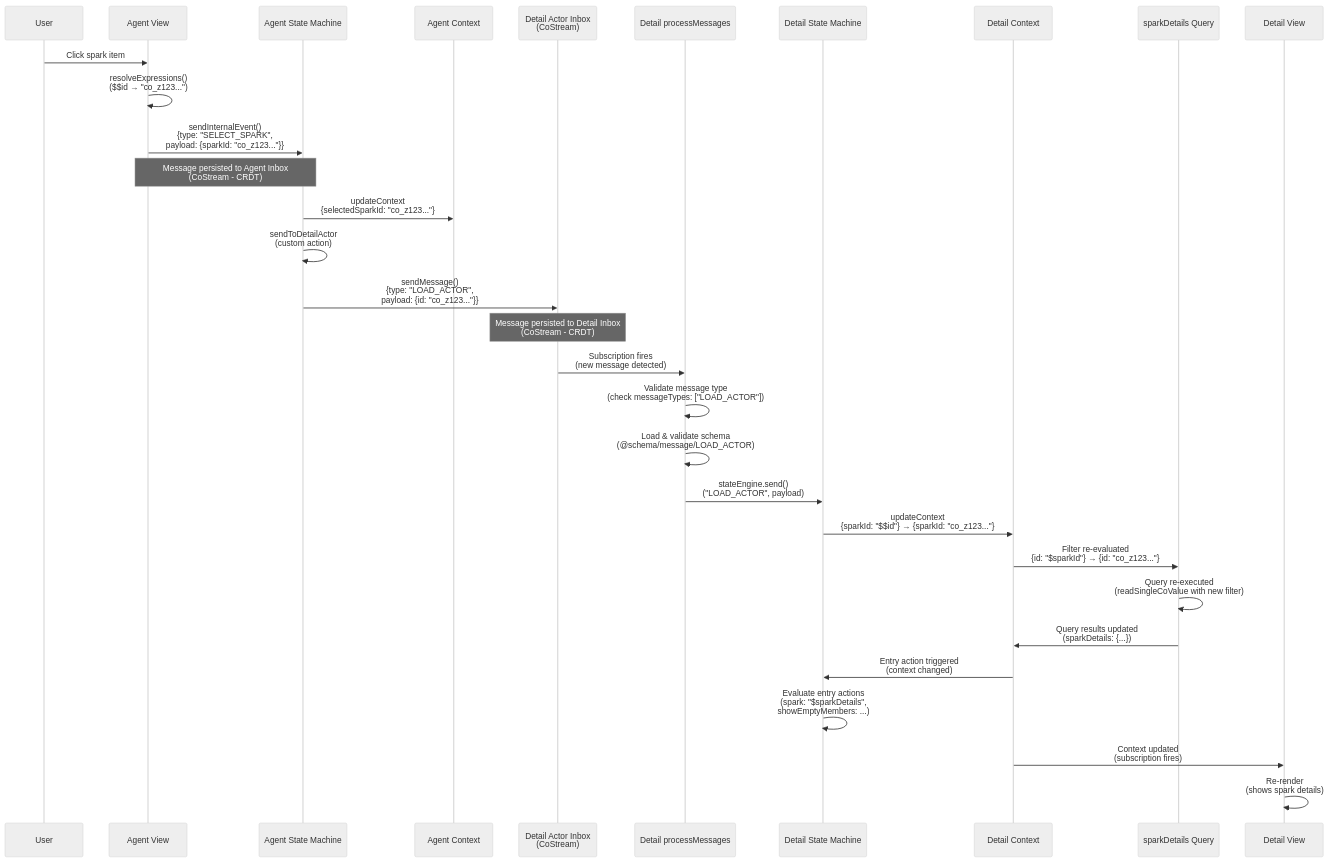
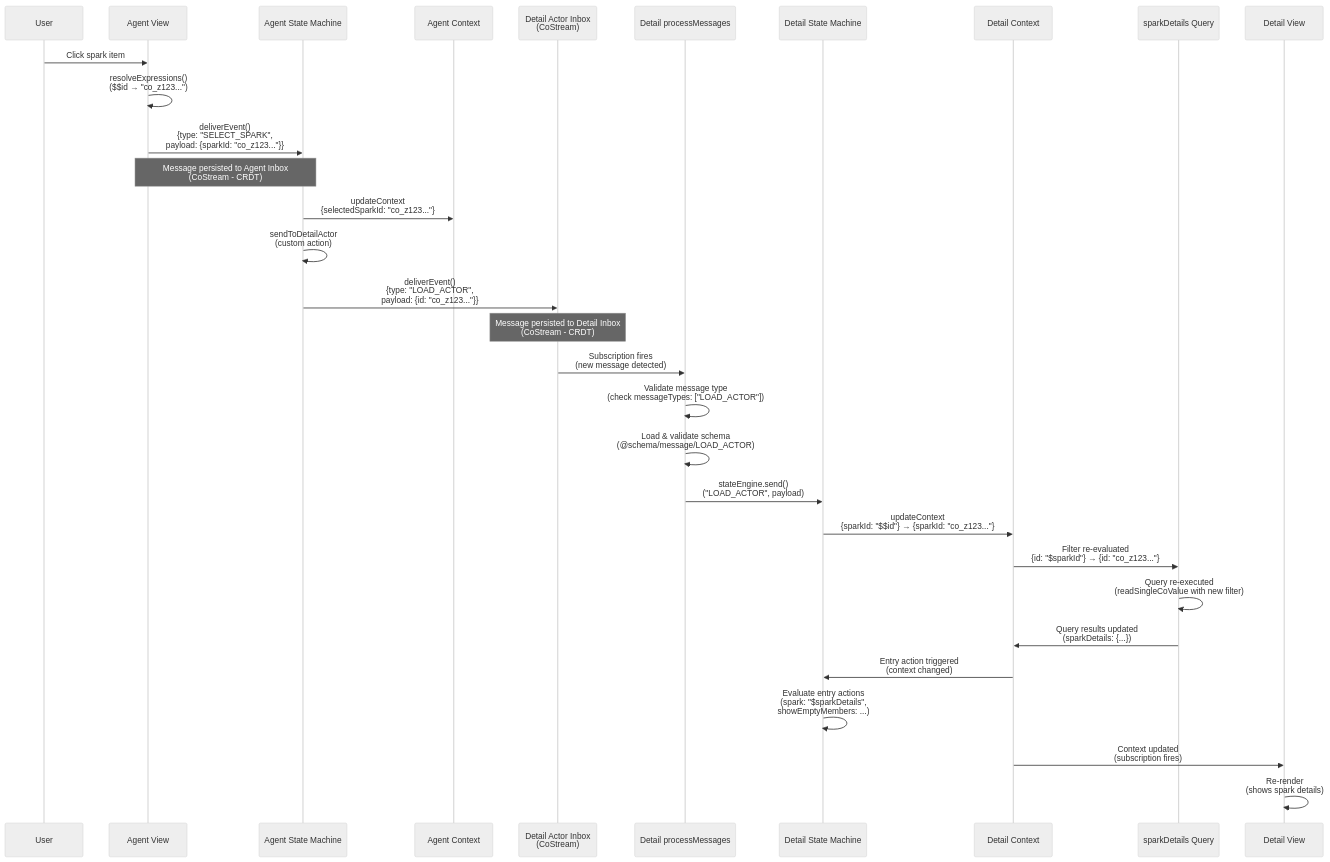
Before and after one commit to oMaiaCity/MaiaOS: the diagram in libs/maia-docs/03_developers/04_maia-engines/actor-communication/00-overview.md, drawn with Mermaid (neutral theme). The commit also changed other lines of this file and 42 other files, not shown here.

````diff
--- a/libs/maia-docs/03_developers/04_maia-engines/actor-communication/00-overview.md
+++ b/libs/maia-docs/03_developers/04_maia-engines/actor-communication/00-overview.md
@@ -15,34 +15,34 @@
 ```mermaid
 sequenceDiagram
     participant User as User
     participant AgentView as Agent View
     participant AgentState as Agent State Machine
     participant AgentContext as Agent Context
     participant DetailInbox as Detail Actor Inbox<br/>(CoStream)
     participant DetailProcess as Detail processMessages
     participant DetailState as Detail State Machine
     participant DetailContext as Detail Context
     participant DetailQuery as sparkDetails Query
     participant DetailView as Detail View
 
     User->>AgentView: Click spark item
     AgentView->>AgentView: resolveExpressions()<br/>($$id → "co_z123...")
-    AgentView->>AgentState: sendInternalEvent()<br/>{type: "SELECT_SPARK",<br/>payload: {sparkId: "co_z123..."}}
+    AgentView->>AgentState: deliverEvent()<br/>{type: "SELECT_SPARK",<br/>payload: {sparkId: "co_z123..."}}
     Note over AgentView,AgentState: Message persisted to Agent Inbox<br/>(CoStream - CRDT)
     AgentState->>AgentContext: updateContext<br/>{selectedSparkId: "co_z123..."}
     AgentState->>AgentState: sendToDetailActor<br/>(custom action)
-    AgentState->>DetailInbox: sendMessage()<br/>{type: "LOAD_ACTOR",<br/>payload: {id: "co_z123..."}}
+    AgentState->>DetailInbox: deliverEvent()<br/>{type: "LOAD_ACTOR",<br/>payload: {id: "co_z123..."}}
     Note over DetailInbox: Message persisted to Detail Inbox<br/>(CoStream - CRDT)
     DetailInbox->>DetailProcess: Subscription fires<br/>(new message detected)
     DetailProcess->>DetailProcess: Validate message type<br/>(check messageTypes: ["LOAD_ACTOR"])
     DetailProcess->>DetailProcess: Load & validate schema<br/>(@schema/message/LOAD_ACTOR)
     DetailProcess->>DetailState: stateEngine.send()<br/>("LOAD_ACTOR", payload)
     DetailState->>DetailContext: updateContext<br/>{sparkId: "$$id"} → {sparkId: "co_z123..."}
     DetailContext->>DetailQuery: Filter re-evaluated<br/>{id: "$sparkId"} → {id: "co_z123..."}
     DetailQuery->>DetailQuery: Query re-executed<br/>(readSingleCoValue with new filter)
     DetailQuery->>DetailContext: Query results updated<br/>(sparkDetails: {...})
     DetailContext->>DetailState: Entry action triggered<br/>(context changed)
     DetailState->>DetailState: Evaluate entry actions<br/>(spark: "$sparkDetails",<br/>showEmptyMembers: ...)
     DetailContext->>DetailView: Context updated<br/>(subscription fires)
     DetailView->>DetailView: Re-render<br/>(shows spark details)
 ```
````
